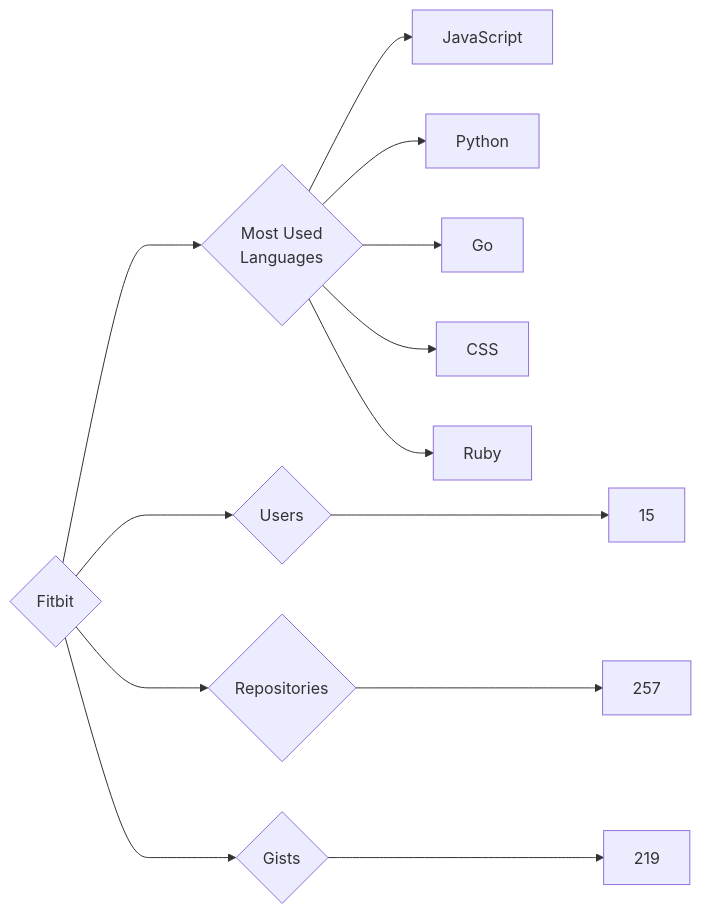
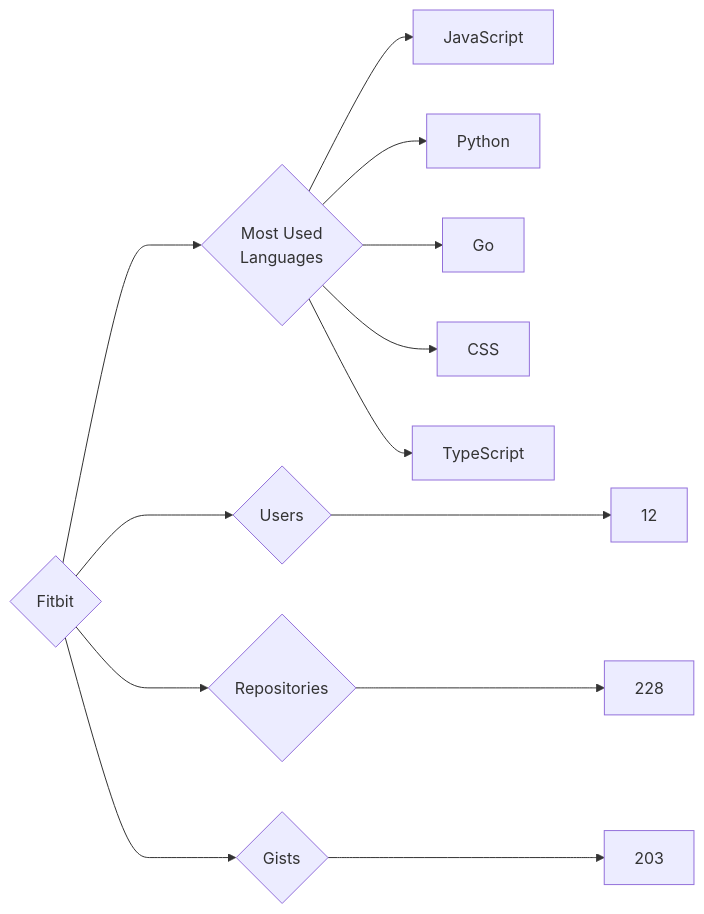
One commit to trickest/insiders changed the diagram in targets/Fitbit/README.md. Above: the diagram before and after it, drawn with Mermaid. The commit also changed 965 other files, not shown here.

````diff
--- a/targets/Fitbit/README.md
+++ b/targets/Fitbit/README.md
@@ -3,13 +3,13 @@
 ```mermaid
 graph LR
 COMPANY_NAME{Fitbit}
-COMPANY_NAME ---> U{Users} ---> UN[15]
-COMPANY_NAME ---> R{Repositories} ---> RN[257]
-COMPANY_NAME ---> G{Gists} ---> GN[219]
+COMPANY_NAME ---> U{Users} ---> UN[12]
+COMPANY_NAME ---> R{Repositories} ---> RN[228]
+COMPANY_NAME ---> G{Gists} ---> GN[203]
 COMPANY_NAME ---> ML{Most Used<br>Languages}
 ML --> JavaScript[JavaScript]
 ML --> Python[Python]
 ML --> Go[Go]
 ML --> CSS[CSS]
-ML --> Ruby[Ruby]
+ML --> TypeScript[TypeScript]
 ```
````
